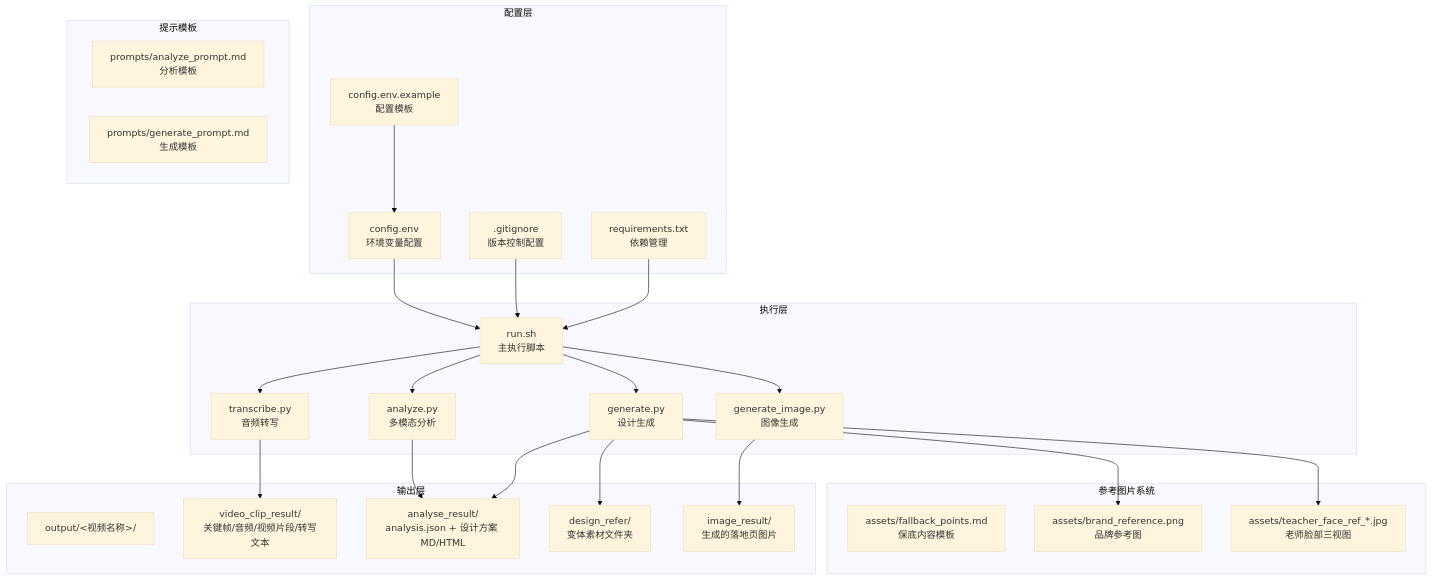
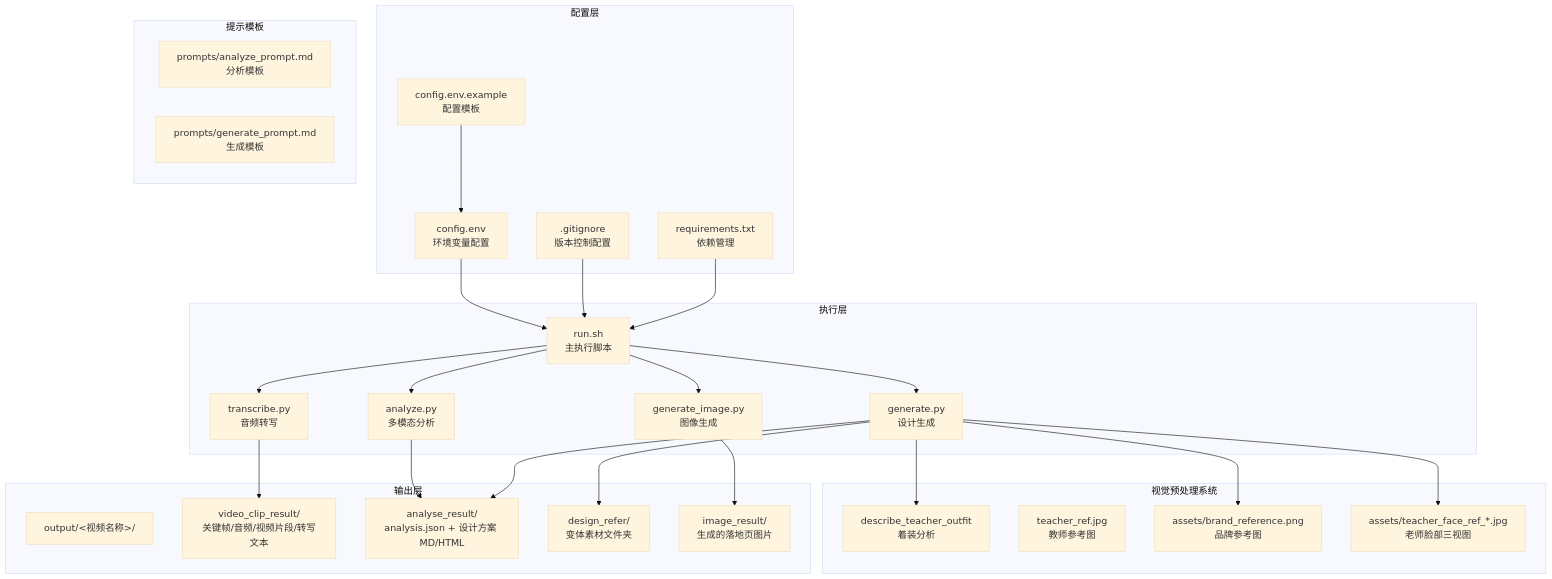
Before and after one commit to WongMingJiu/landingpage-test-hero-page: the first of 18 diagrams in .qoder/repowiki/zh/content/配置和定制/配置和定制.md, drawn with Mermaid (base theme). The commit also changed other lines of this file and 7 other files, not shown here.

````diff
--- a/.qoder/repowiki/zh/content/配置和定制/配置和定制.md
+++ b/.qoder/repowiki/zh/content/配置和定制/配置和定制.md
@@ -54,47 +55,49 @@
 ```mermaid
 graph TB
 subgraph "配置层"
 ConfigEnv[config.env<br/>环境变量配置]
 ConfigExample[config.env.example<br/>配置模板]
 GitIgnore[.gitignore<br/>版本控制配置]
 Requirements[requirements.txt<br/>依赖管理]
 end
 subgraph "执行层"
 RunScript[run.sh<br/>主执行脚本]
 Transcribe[transcribe.py<br/>音频转写]
 Analyze[analyze.py<br/>多模态分析]
 Generate[generate.py<br/>设计生成]
 GenerateImage[generate_image.py<br/>图像生成]
 end
 subgraph "提示模板"
 AnalyzePrompt[prompts/analyze_prompt.md<br/>分析模板]
 GeneratePrompt[prompts/generate_prompt.md<br/>生成模板]
 end
-subgraph "参考图片系统"
-FallbackPoints[assets/fallback_points.md<br/>保底内容模板]
+subgraph "视觉预处理系统"
+VisualPreprocess[describe_teacher_outfit<br/>着装分析]
+TeacherRef[teacher_ref.jpg<br/>教师参考图]
 BrandRef[assets/brand_reference.png<br/>品牌参考图]
 TeacherFaceRef[assets/teacher_face_ref_*.jpg<br/>老师脸部三视图]
 end
 subgraph "输出层"
 OutputDir[output/<视频名称>/]
 VideoClip[video_clip_result/<br/>关键帧/音频/视频片段/转写文本]
 AnalyseResult[analyse_result/<br/>analysis.json + 设计方案 MD/HTML]
 DesignRefer[design_refer/<br/>变体素材文件夹]
 ImageResult[image_result/<br/>生成的落地页图片]
 end
 ConfigEnv --> RunScript
 ConfigExample --> ConfigEnv
 GitIgnore --> RunScript
 Requirements --> RunScript
 RunScript --> Transcribe
 RunScript --> Analyze
 RunScript --> Generate
 RunScript --> GenerateImage
 Transcribe --> VideoClip
 Analyze --> AnalyseResult
 Generate --> AnalyseResult
 Generate --> DesignRefer
+Generate --> VisualPreprocess
 Generate --> BrandRef
 Generate --> TeacherFaceRef
 GenerateImage --> ImageResult
 ```
````
